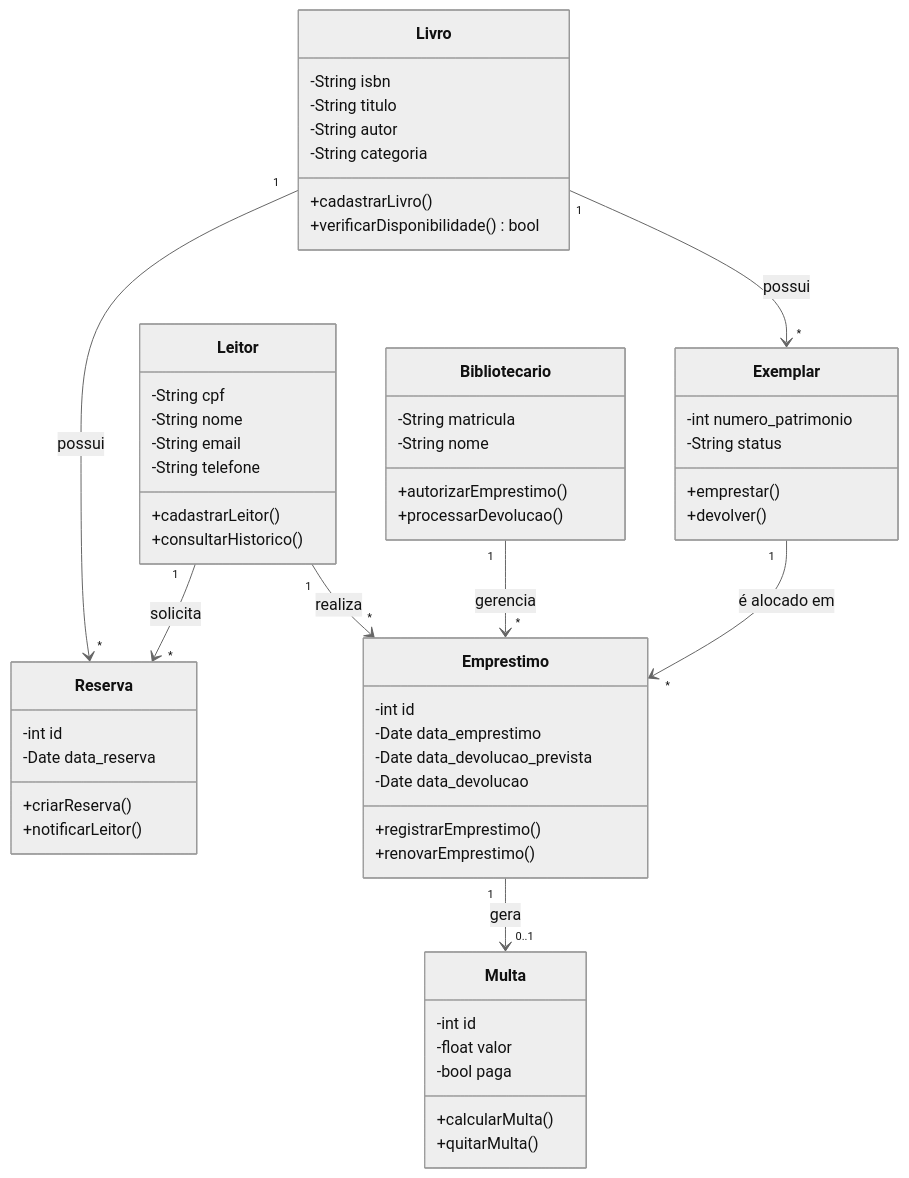
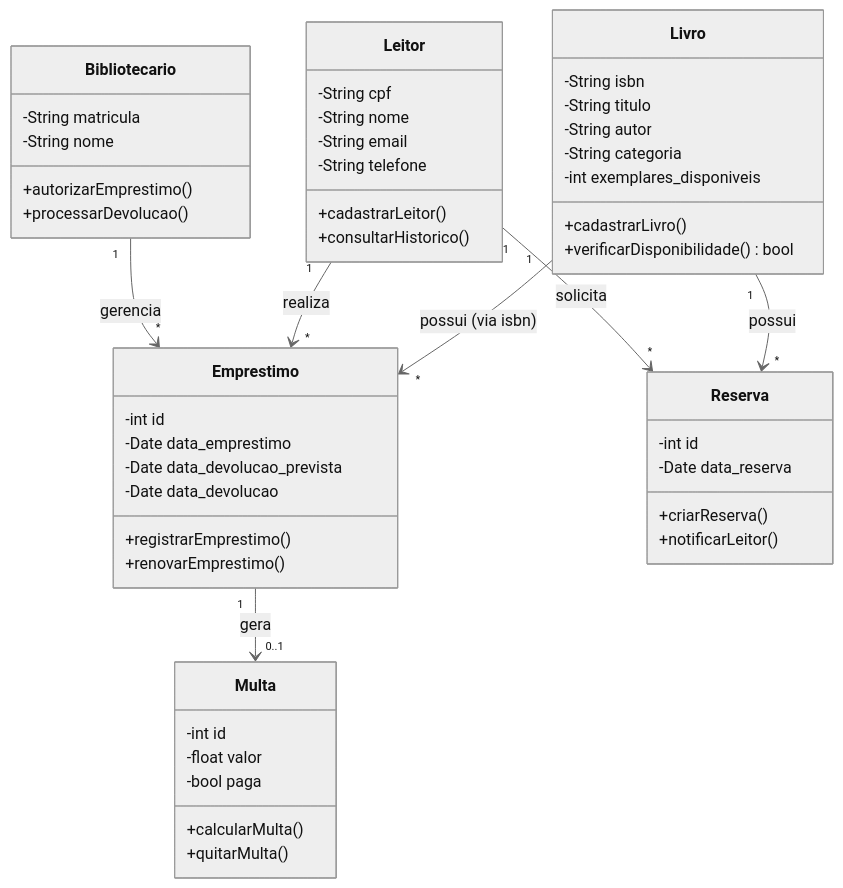
Before and after one commit to lucasmzzz/es1-pratica-avaliada-2: the first of 3 diagrams in modelagem-uml.md, drawn with Mermaid (neutral theme). The commit also changed other lines of this file and 1 other file, not shown here.

Commit message:
fix: refatoracao definitiva com DIP estrito, injecao total via contratos e mocks compativeis

````diff
--- a/modelagem-uml.md
+++ b/modelagem-uml.md
@@ -5,66 +5,59 @@
 ```mermaid
 classDiagram
     class Livro {
         -String isbn
         -String titulo
         -String autor
         -String categoria
+        -int exemplares_disponiveis
         +cadastrarLivro()
         +verificarDisponibilidade() bool
-    }
-    
-    class Exemplar {
-        -int numero_patrimonio
-        -String status
-        +emprestar()
-        +devolver()
     }
     
     class Leitor {
         -String cpf
         -String nome
         -String email
         -String telefone
         +cadastrarLeitor()
         +consultarHistorico()
     }
     
     class Emprestimo {
         -int id
         -Date data_emprestimo
         -Date data_devolucao_prevista
         -Date data_devolucao
         +registrarEmprestimo()
         +renovarEmprestimo()
     }
     
     class Reserva {
         -int id
         -Date data_reserva
         +criarReserva()
         +notificarLeitor()
     }
     
     class Multa {
         -int id
         -float valor
         -bool paga
         +calcularMulta()
         +quitarMulta()
     }
     
     class Bibliotecario {
         -String matricula
         -String nome
         +autorizarEmprestimo()
         +processarDevolucao()
     }
 
     Bibliotecario "1" --> "*" Emprestimo : gerencia
     Leitor "1" --> "*" Emprestimo : realiza
     Leitor "1" --> "*" Reserva : solicita
-    Livro "1" --> "*" Exemplar : possui
-    Exemplar "1" --> "*" Emprestimo : é alocado em
     Livro "1" --> "*" Reserva : possui
+    Livro "1" --> "*" Emprestimo : possui (via isbn)
     Emprestimo "1" --> "0..1" Multa : gera
 ```
````
